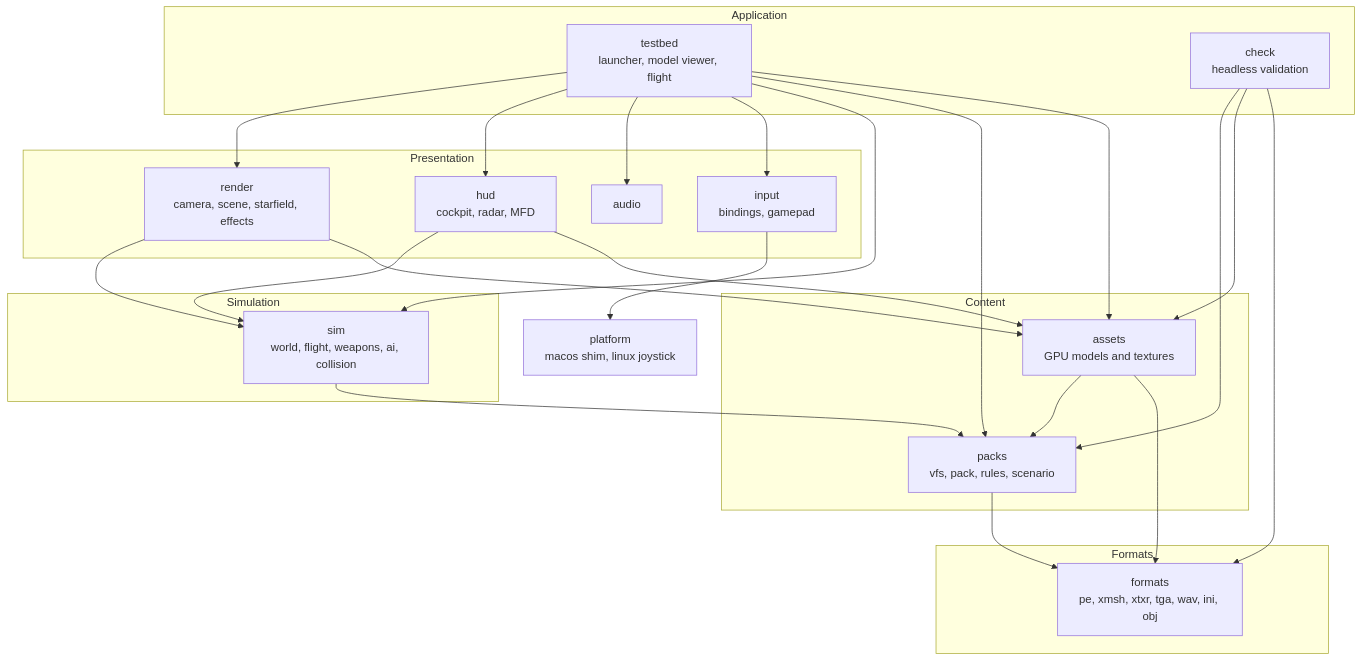
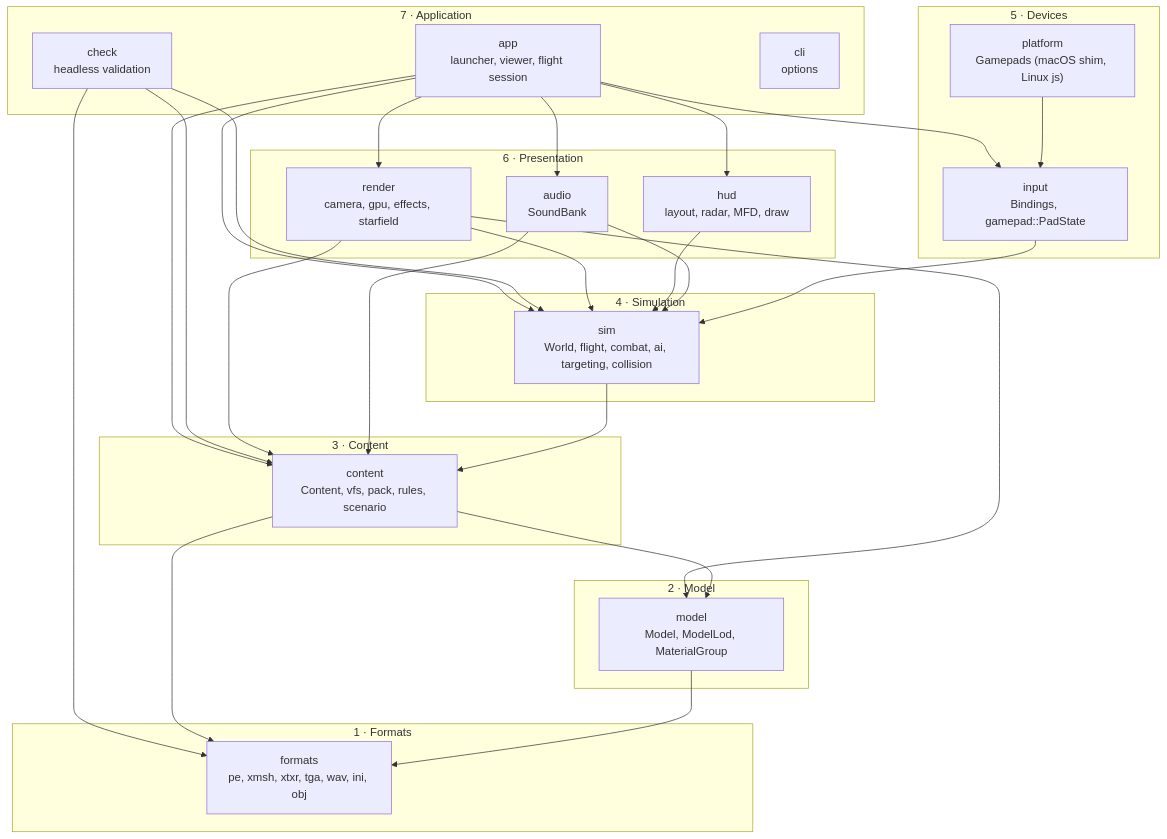
Before and after one commit to bbogovich/OpenInterceptor: the first of 4 diagrams in docs/architecture/index.md, drawn with Mermaid. The commit also changed other lines of this file and 48 other files, not shown here.

````diff
--- a/docs/architecture/index.md
+++ b/docs/architecture/index.md
@@ -16,32 +18,39 @@
 ```mermaid
 flowchart TB
-    subgraph L4["Application"]
-        TB["testbed<br/>launcher, model viewer, flight"]
+    subgraph L7["7 · Application"]
+        APP["app<br/>launcher, viewer, flight session"]
         CK["check<br/>headless validation"]
+        CLI["cli<br/>options"]
     end
-    subgraph L3["Presentation"]
-        R["render<br/>camera, scene, starfield, effects"]
-        H["hud<br/>cockpit, radar, MFD"]
-        AU["audio"]
-        IN["input<br/>bindings, gamepad"]
+    subgraph L6["6 · Presentation"]
+        R["render<br/>camera, gpu, effects, starfield"]
+        H["hud<br/>layout, radar, MFD, draw"]
+        AU["audio<br/>SoundBank"]
     end
-    subgraph L2["Simulation"]
-        S["sim<br/>world, flight, weapons, ai, collision"]
+    subgraph L5["5 · Devices"]
+        IN["input<br/>Bindings, gamepad::PadState"]
+        PL["platform<br/>Gamepads (macOS shim, Linux js)"]
     end
-    subgraph L1["Content"]
-        P["packs<br/>vfs, pack, rules, scenario"]
-        A["assets<br/>GPU models and textures"]
+    subgraph L4["4 · Simulation"]
+        S["sim<br/>World, flight, combat, ai, targeting, collision"]
     end
-    subgraph L0["Formats"]
+    subgraph L3["3 · Content"]
+        C["content<br/>Content, vfs, pack, rules, scenario"]
+    end
+    subgraph L2["2 · Model"]
+        M["model<br/>Model, ModelLod, MaterialGroup"]
+    end
+    subgraph L1["1 · Formats"]
         F["formats<br/>pe, xmsh, xtxr, tga, wav, ini, obj"]
     end
-    PL["platform<br/>macos shim, linux joystick"]
-    TB --> R & H & AU & IN & S & P & A
-    CK --> P & A & F
-    R --> S & A
-    H --> S & A
-    S --> P
-    A --> P & F
-    P --> F
-    IN --> PL
+    APP --> R & H & AU & IN & S & C
+    CK --> S & C & F
+    R --> S & C & M
+    H --> S
+    AU --> S & C
+    IN --> S
+    PL --> IN
+    S --> C
+    C --> M & F
+    M --> F
 ```
````
